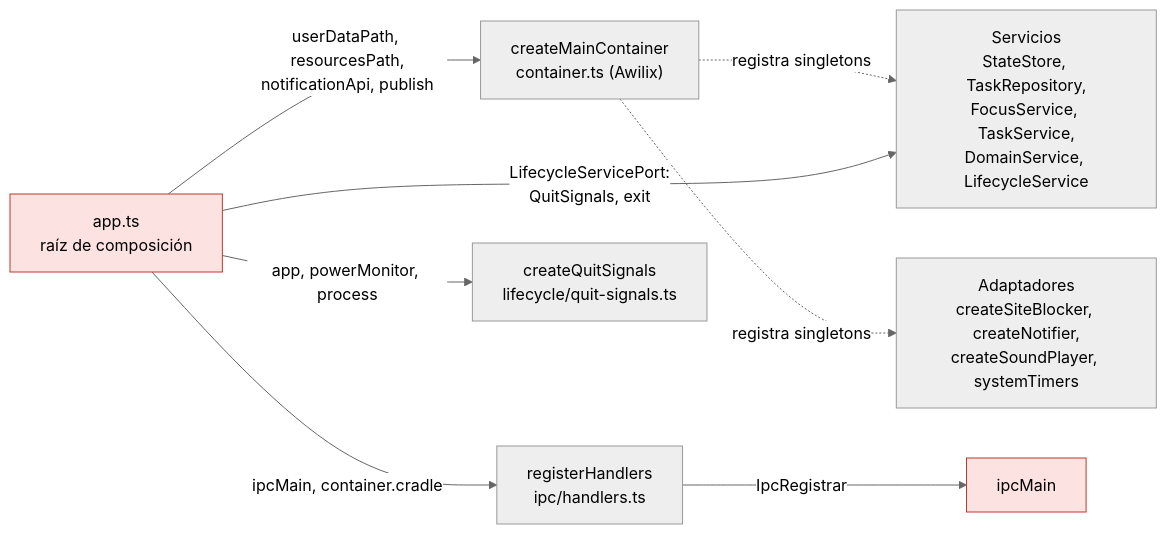
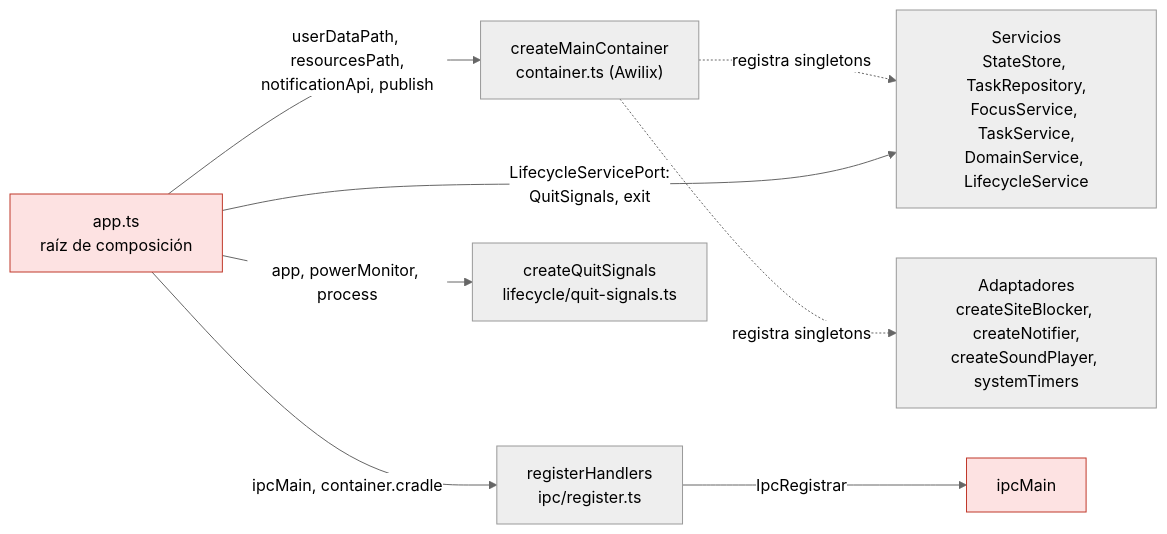
One commit to DevJuan95/ritmo changed the third of 13 diagrams in docs/arquitectura.md. Above: the diagram before and after it, drawn with Mermaid (neutral theme). The commit also changed other lines of this file and 19 other files, not shown here.

````diff
--- a/docs/arquitectura.md
+++ b/docs/arquitectura.md
@@ -84,20 +84,20 @@
 ```mermaid
 flowchart LR
   app["app.ts<br/>raíz de composición"]:::electron
   container["createMainContainer<br/>container.ts (Awilix)"]
   servicios["Servicios<br/>StateStore, TaskRepository,<br/>FocusService, TaskService,<br/>DomainService, LifecycleService"]
   adaptadores["Adaptadores<br/>createSiteBlocker, createNotifier,<br/>createSoundPlayer, systemTimers"]
-  ipc["registerHandlers<br/>ipc/handlers.ts"]
+  ipc["registerHandlers<br/>ipc/register.ts"]
   quit["createQuitSignals<br/>lifecycle/quit-signals.ts"]
   ipcMain["ipcMain"]:::electron
 
   app -- "userDataPath, resourcesPath,<br/>notificationApi, publish" --> container
   container -. "registra singletons" .-> servicios
   container -. "registra singletons" .-> adaptadores
   app -- "ipcMain, container.cradle" --> ipc
   ipc -- "IpcRegistrar" --> ipcMain
   app -- "LifecycleServicePort:<br/>QuitSignals, exit" --> servicios
   app -- "app, powerMonitor, process" --> quit
 
   classDef electron fill:#fde2e2,stroke:#c0392b,color:#000
 ```
````
